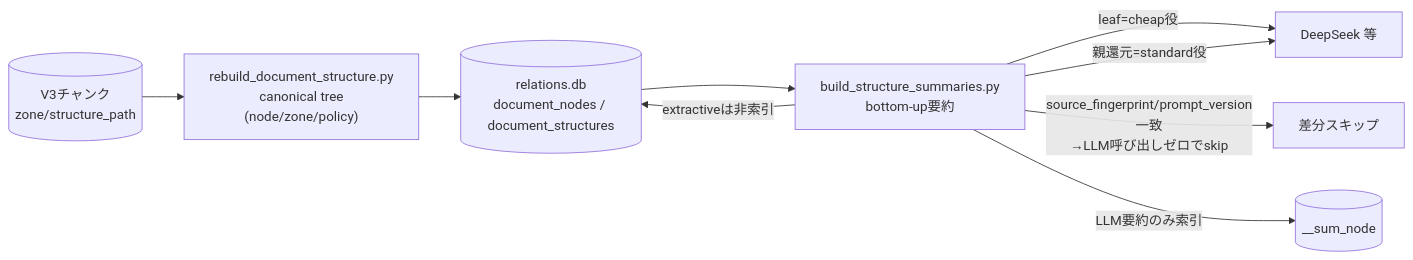
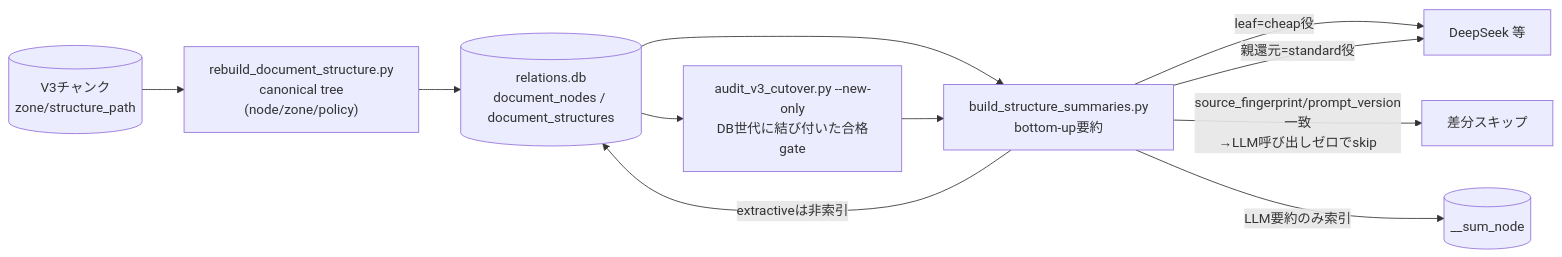
Before and after one commit to knagata/zotero-local-rag: the fourth of 6 diagrams in docs/architecture.md, drawn with Mermaid. The commit also changed other lines of this file and 59 other files, not shown here.

````diff
--- a/docs/architecture.md
+++ b/docs/architecture.md
@@ -251,11 +250,13 @@
 ```mermaid
 flowchart LR
   CHUNKS[("V3チャンク\nzone/structure_path")] --> TREE["rebuild_document_structure.py\ncanonical tree\n(node/zone/policy)"]
   TREE --> RELS3[("relations.db\ndocument_nodes / document_structures")]
   RELS3 --> SUMB["build_structure_summaries.py\nbottom-up要約"]
+  RELS3 --> GATE["audit_v3_cutover.py --new-only\nDB世代に結び付いた合格gate"]
+  GATE --> SUMB
   SUMB -- "leaf=cheap役" --> LLM["DeepSeek 等"]
   SUMB -- "親還元=standard役" --> LLM
   SUMB -- "source_fingerprint/prompt_version一致\n→LLM呼び出しゼロでskip" --> SKIP["差分スキップ"]
   SUMB -- "LLM要約のみ索引" --> SUMN[("__sum_node")]
   SUMB -- "extractiveは非索引" --> RELS3
 ```
````
